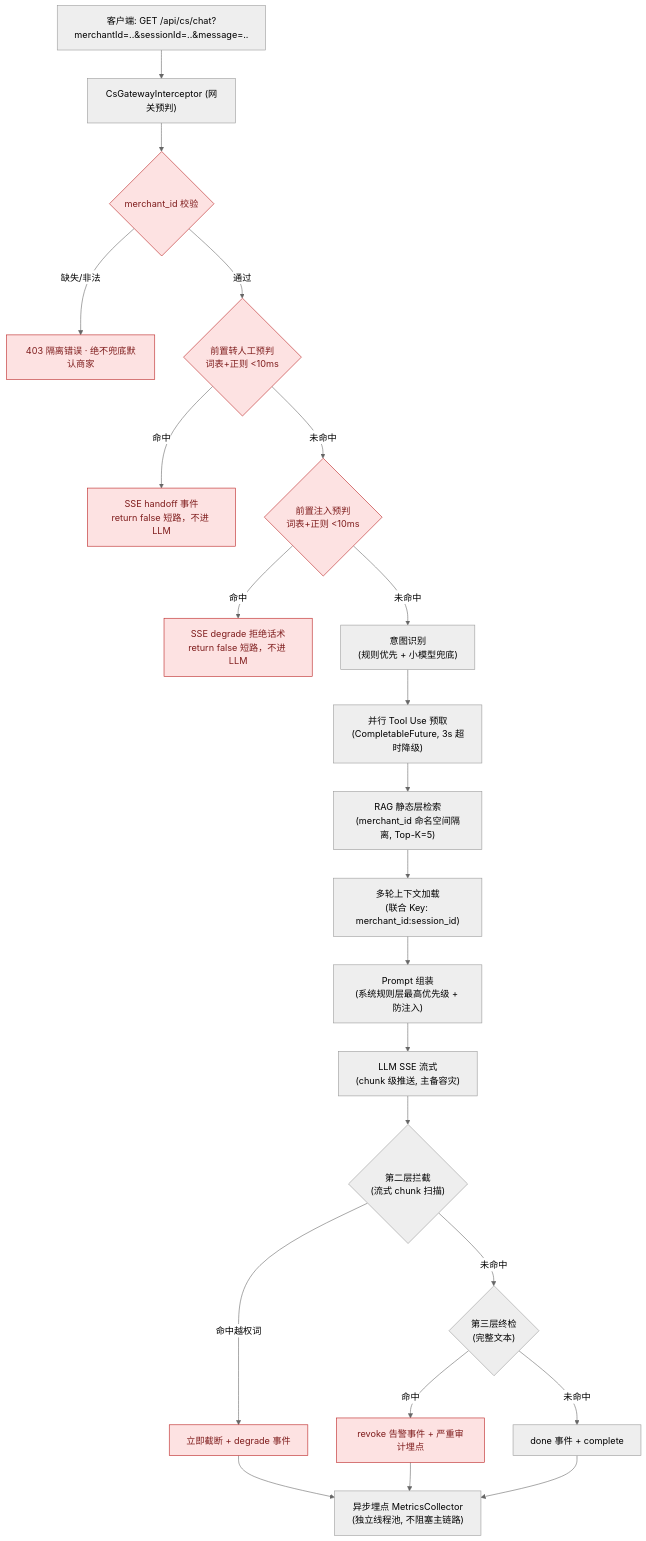
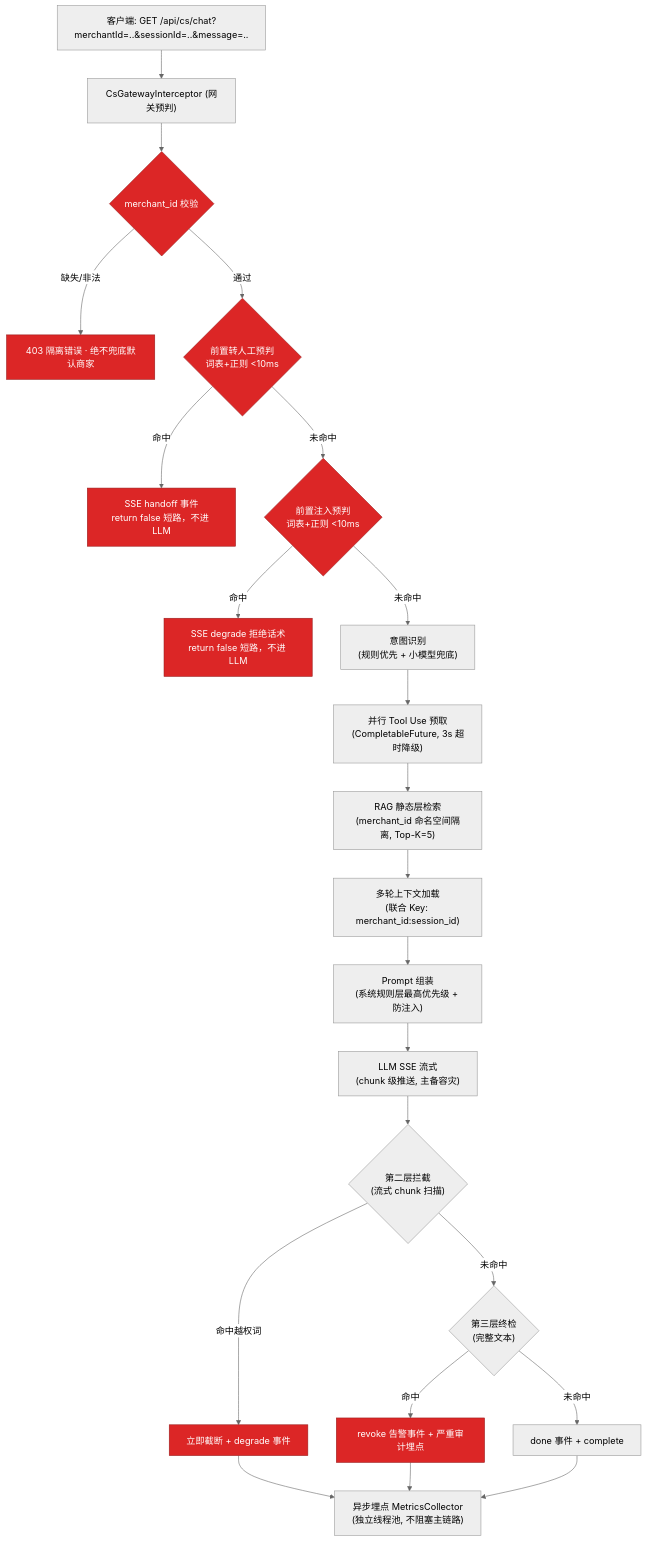
The diagram in uniselect-cs-agent/README.md (CHANSingYeungSunny/uniselect-agent-backend), drawn with Mermaid (neutral theme) before and after one commit.

Commit message:
docs: use saturated red fill + white text for mermaid stop/intercept nodes

````diff
--- a/uniselect-cs-agent/README.md
+++ b/uniselect-cs-agent/README.md
@@ -29,27 +29,27 @@
 ```mermaid
 flowchart TD
     A["客户端: GET /api/cs/chat?merchantId=..&sessionId=..&message=.."] --> B["CsGatewayInterceptor (网关预判)"]
     B --> C{"merchant_id 校验"}
     C -- 缺失/非法 --> D["403 隔离错误 · 绝不兜底默认商家"]
     C -- 通过 --> E{"前置转人工预判<br/>词表+正则 <10ms"}
     E -- 命中 --> F["SSE handoff 事件<br/>return false 短路，不进 LLM"]
     E -- 未命中 --> E2{"前置注入预判<br/>词表+正则 <10ms"}
     E2 -- 命中 --> F2["SSE degrade 拒绝话术<br/>return false 短路，不进 LLM"]
     E2 -- 未命中 --> G["意图识别<br/>(规则优先 + 小模型兜底)"]
     G --> H["并行 Tool Use 预取<br/>(CompletableFuture, 3s 超时降级)"]
     H --> I["RAG 静态层检索<br/>(merchant_id 命名空间隔离, Top-K=5)"]
     I --> J["多轮上下文加载<br/>(联合 Key: merchant_id:session_id)"]
     J --> K["Prompt 组装<br/>(系统规则层最高优先级 + 防注入)"]
     K --> L["LLM SSE 流式<br/>(chunk 级推送, 主备容灾)"]
     L --> M{"第二层拦截<br/>(流式 chunk 扫描)"}
     M -- 命中越权词 --> N["立即截断 + degrade 事件"]
     M -- 未命中 --> O{"第三层终检<br/>(完整文本)"}
     O -- 命中 --> P["revoke 告警事件 + 严重审计埋点"]
     O -- 未命中 --> Q["done 事件 + complete"]
     Q --> R["异步埋点 MetricsCollector<br/>(独立线程池, 不阻塞主链路)"]
     N --> R
     P --> R
 
-    classDef red fill:#fde2e2,stroke:#b91c1c,color:#7f1d1d;
+    classDef red fill:#dc2626,stroke:#991b1b,color:#ffffff;
     class C,D,E,E2,F,F2,N,P red;
 ```
````
